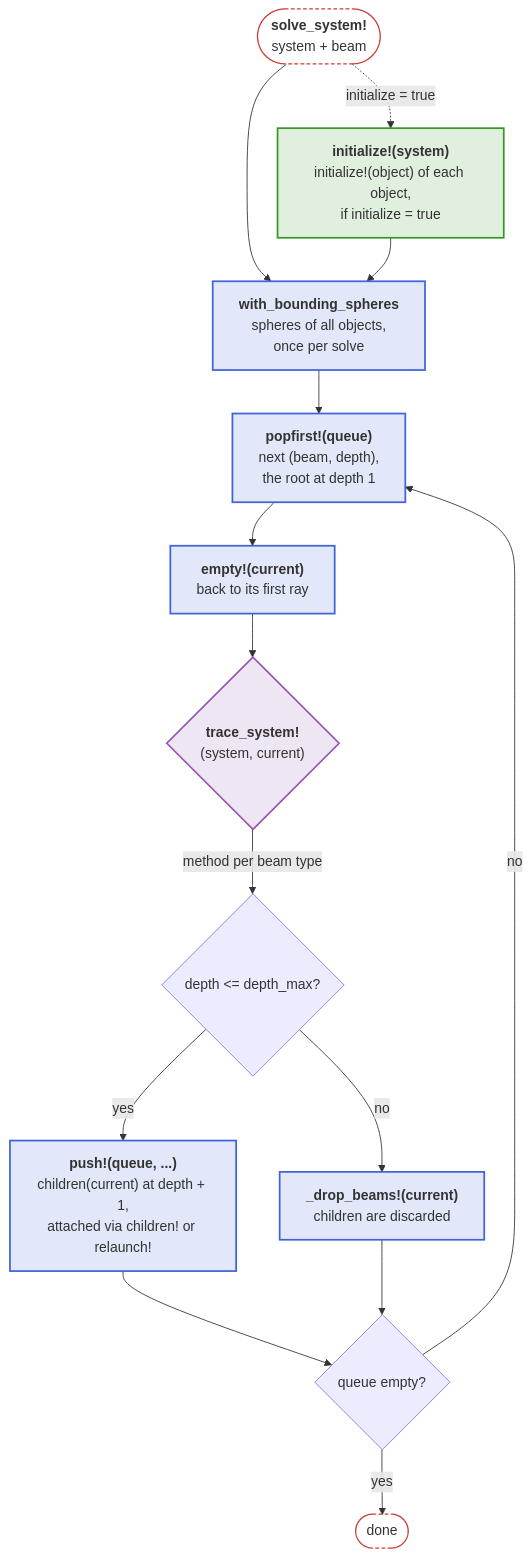
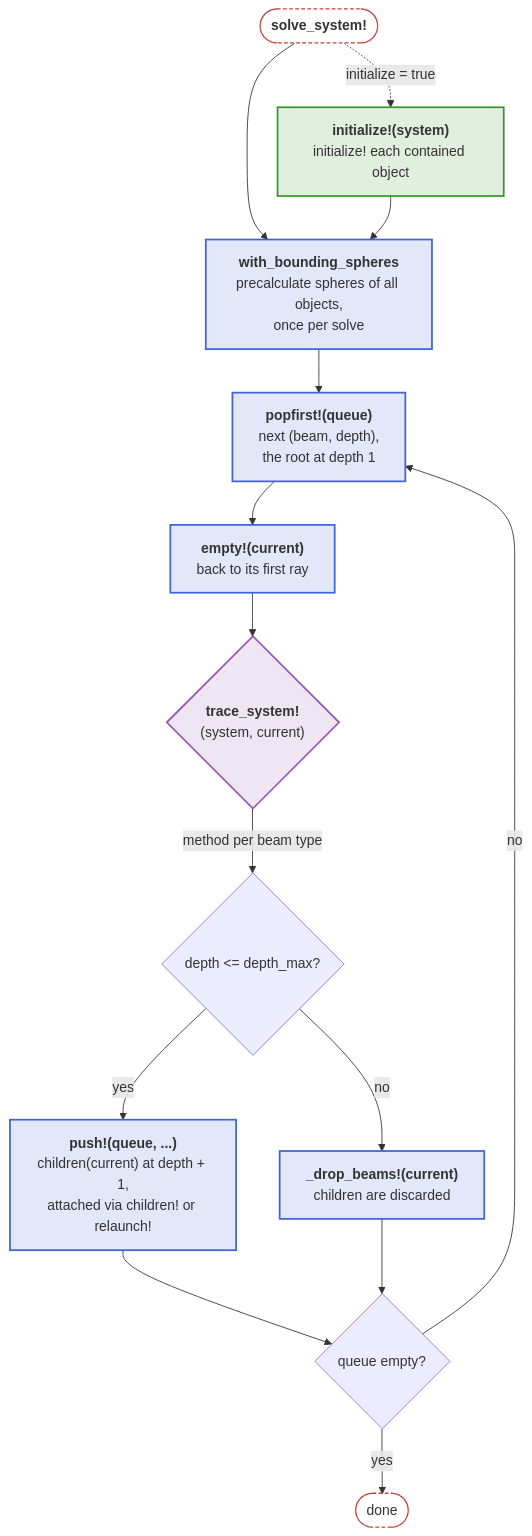
The fifth of 6 diagrams in docs/src/api/core.md (JuliaPhysics/BeamletOptics.jl), drawn with Mermaid before and after one commit. The commit also changed other lines of this file and 8 other files, not shown here.

First line of the commit message:
Docs: diagrams narrow and colored by group, rules in "Readable diagrams"

````diff
--- a/docs/src/api/core.md
+++ b/docs/src/api/core.md
@@ -251,33 +245,33 @@
 ```mermaid
 flowchart TB
-    S(["<b>solve_system!</b><br/>system + beam"])
-    INI["<b>initialize!(system)</b><br/>initialize!(object) of each object,<br/>if initialize = true"]
-    BS["<b>with_bounding_spheres</b><br/>spheres of all objects,<br/>once per solve"]
+    S(["<b>solve_system!</b>"])
+    INI["<b>initialize!(system)</b><br/>initialize! each contained object"]
+    BS["<b>with_bounding_spheres</b><br/>precalculate spheres of all objects,<br/>once per solve"]
     Q["<b>popfirst!(queue)</b><br/>next (beam, depth),<br/>the root at depth 1"]
     EM["<b>empty!(current)</b><br/>back to its first ray"]
     TS{"<b>trace_system!</b><br/>(system, current)"}
     D{"depth #lt;= depth_max?"}
     ENQ["<b>push!(queue, ...)</b><br/>children(current) at depth + 1,<br/>attached via children! or relaunch!"]
     DROP["<b>_drop_beams!(current)</b><br/>children are discarded"]
     QE{"queue empty?"}
     E([done])
 
     S -. "initialize = true" .-> INI
     S --> BS
     INI --> BS
     BS --> Q --> EM --> TS
     TS -- "method per beam type" --> D
     D -- yes --> ENQ --> QE
     D -- no --> DROP --> QE
     QE -- no --> Q
     QE -- yes --> E
 
     classDef blue fill:#4063D826,stroke:#4063D8,stroke-width:2px
     classDef green fill:#38982626,stroke:#389826,stroke-width:2px
     classDef purple fill:#9558B226,stroke:#9558B2,stroke-width:2px
     classDef terminal fill:transparent,stroke:#CB3C33,stroke-width:1.5px,stroke-dasharray:4 3
     class BS,Q,EM,ENQ,DROP blue
     class INI green
     class TS purple
     class S,E terminal
 ```
````
